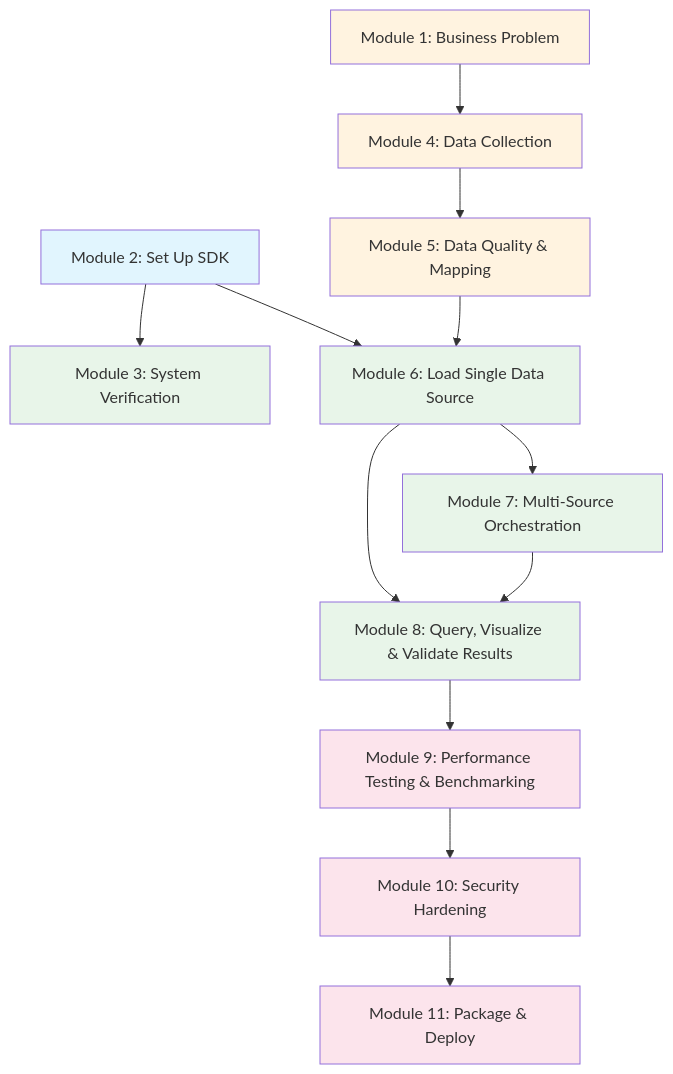
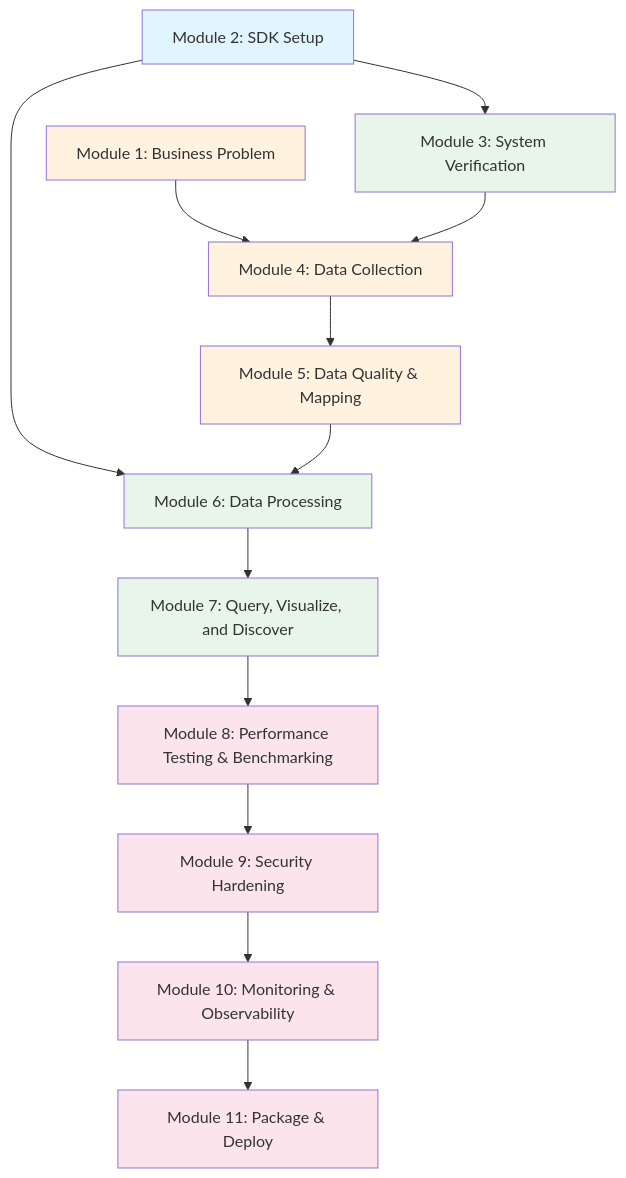
One commit to docktermj/senzing-bootcamp-kiro-powers changed the diagram in senzing-bootcamp/docs/diagrams/module-prerequisites.md. Above: the diagram before and after it, drawn with Mermaid. The commit also changed other lines of this file and 32 other files, not shown here.

````diff
--- a/senzing-bootcamp/docs/diagrams/module-prerequisites.md
+++ b/senzing-bootcamp/docs/diagrams/module-prerequisites.md
@@ -5,29 +5,27 @@
 ```mermaid
 graph TD
-    M2[Module 2: Set Up SDK] --> M3[Module 3: System Verification]
-    M2 --> M6[Module 6: Load Single Data Source]
-
     M1[Module 1: Business Problem] --> M4[Module 4: Data Collection]
+    M2[Module 2: SDK Setup] --> M3[Module 3: System Verification]
+    M2 --> M6[Module 6: Data Processing]
+    M3 --> M4
     M4 --> M5[Module 5: Data Quality & Mapping]
     M5 --> M6
+    M6 --> M7[Module 7: Query, Visualize, and Discover]
 
-    M6 --> M7[Module 7: Multi-Source Orchestration]
-    M6 --> M8[Module 8: Query, Visualize & Validate Results]
-    M7 --> M8
-
-    M8 --> M9[Module 9: Performance Testing & Benchmarking]
-    M9 --> M10[Module 10: Security Hardening]
+    M7 --> M8[Module 8: Performance Testing & Benchmarking]
+    M8 --> M9[Module 9: Security Hardening]
+    M9 --> M10[Module 10: Monitoring & Observability]
     M10 --> M11[Module 11: Package & Deploy]
 
     style M1 fill:#fff3e0
     style M2 fill:#e1f5fe
     style M3 fill:#e8f5e9
     style M4 fill:#fff3e0
     style M5 fill:#fff3e0
     style M6 fill:#e8f5e9
     style M7 fill:#e8f5e9
-    style M8 fill:#e8f5e9
+    style M8 fill:#fce4ec
     style M9 fill:#fce4ec
     style M10 fill:#fce4ec
     style M11 fill:#fce4ec
 ```
````
